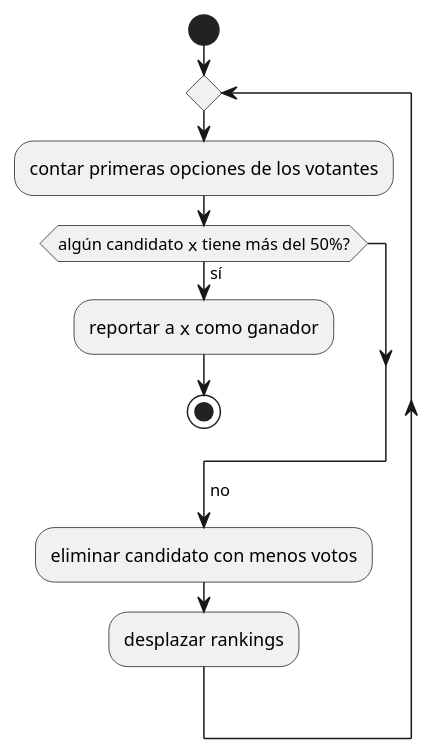
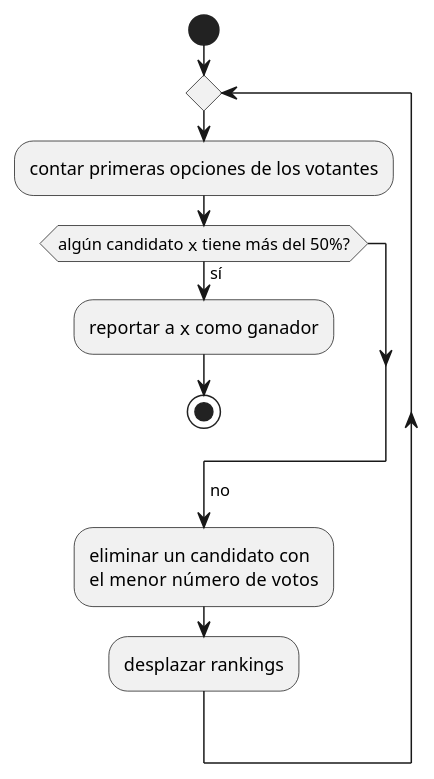
Before and after one commit to ic-matcom/rvote-quorum: the diagram in paper/latex/Graphics/irv.md, drawn with PlantUML. The commit also changed other lines of this file and 4 other files, not shown here.

````diff
--- a/paper/latex/Graphics/irv.md
+++ b/paper/latex/Graphics/irv.md
@@ -8,20 +10,20 @@
 ```puml
 @startuml
 start
 
 repeat
     :contar primeras opciones de los votantes;
 
     if (algún candidato ""x"" tiene más del 50%?) then (sí)
         :reportar a ""x"" como ganador;
         stop
     endif
 
     ->no;
 
-    :eliminar candidato con menos votos;
+    :eliminar un candidato con\nel menor  número de votos;
     :desplazar rankings;
 
 
 @enduml
 ```
````
